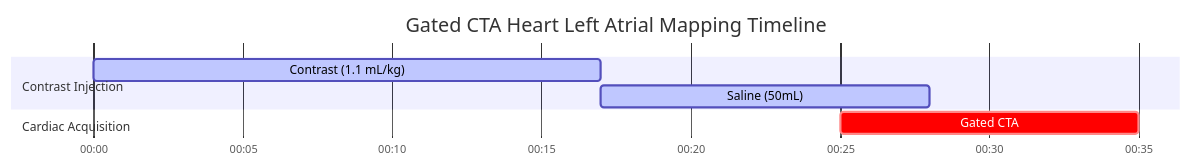
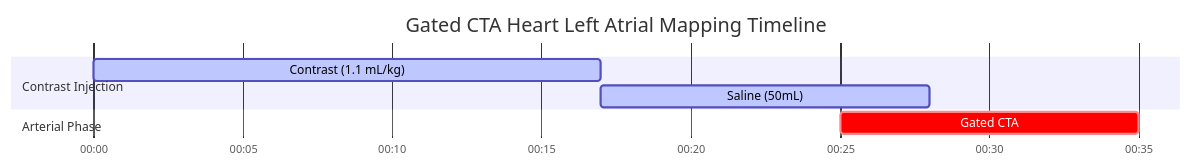
The diagram in docs/ct/cardiac/gated-cta-heart-left-atrial-mapping.md (dfergs93/radiology-protocols), drawn with Mermaid before and after one commit. The commit also changed 79 other files, not shown here.

````diff
--- a/docs/ct/cardiac/gated-cta-heart-left-atrial-mapping.md
+++ b/docs/ct/cardiac/gated-cta-heart-left-atrial-mapping.md
@@ -84,16 +84,16 @@
   ```mermaid
   ---
   config:
     theme: default
   ---
     gantt
       title Gated CTA Heart Left Atrial Mapping Timeline
       dateFormat mm:ss
       axisFormat %M:%S 
       
       section Contrast Injection
       Contrast (1.1 mL/kg)    :active, contrast, 00:00, 17s
       Saline (50mL)          :active, saline, after contrast, 11s
-      section Cardiac Acquisition
-      Gated CTA    :crit, scan2, 00:25, 10s
+      section Arterial Phase
+      Gated CTA    :crit, scan1, 00:25, 10s
   ```
````
